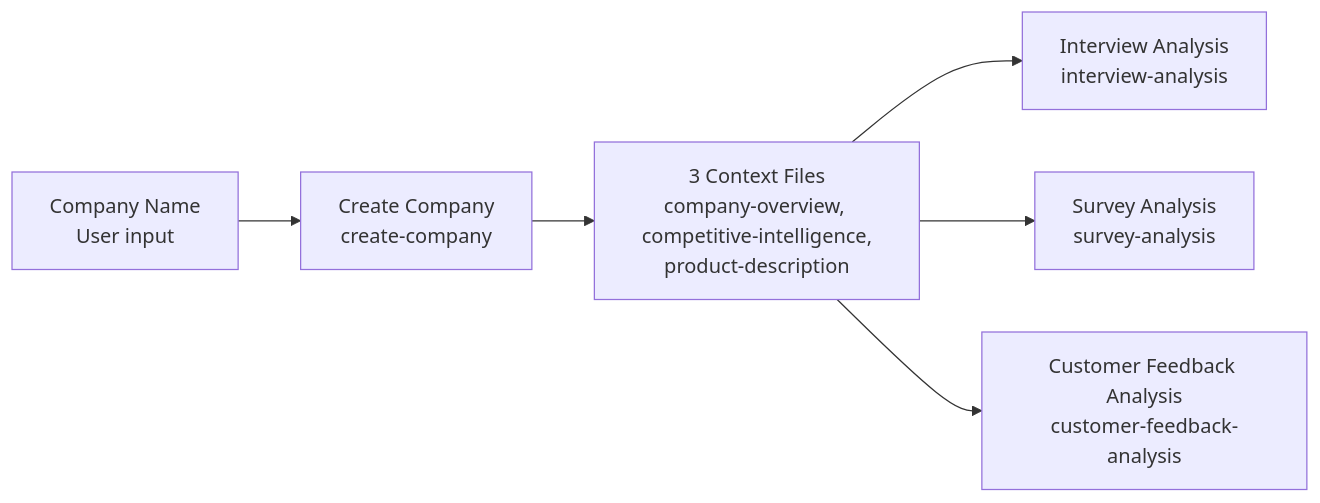
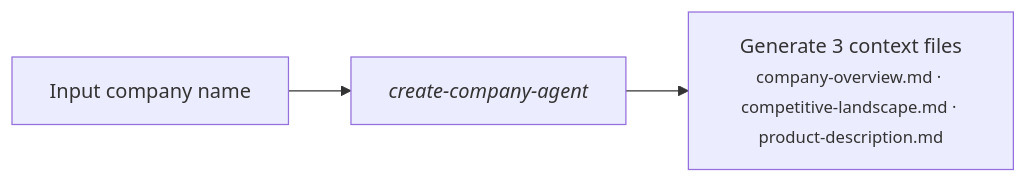
Before and after one commit to saumyavasuthevan/Claude-Research-Analyst: the diagram in portfolio/create-company.md, drawn with Mermaid. The commit also changed other lines of this file and 1 other file, not shown here.

Commit message:
updated create co

````diff
--- a/portfolio/create-company.md
+++ b/portfolio/create-company.md
@@ -13,8 +13,5 @@
 ```mermaid
 flowchart LR
-    A["Company Name\nUser input"] --> B["Create Company\ncreate-company"]
-    B --> C["3 Context Files\ncompany-overview, competitive-intelligence,\nproduct-description"]
-    C --> D["Interview Analysis\ninterview-analysis"]
-    C --> E["Survey Analysis\nsurvey-analysis"]
-    C --> F["Customer Feedback Analysis\ncustomer-feedback-analysis"]
+    A["Input company name"] --> B["<i>create-company-agent</i>"]
+    B --> C["Generate 3 context files<br/><small>company-overview.md · competitive-landscape.md · product-description.md</small>"]
 ```
````
